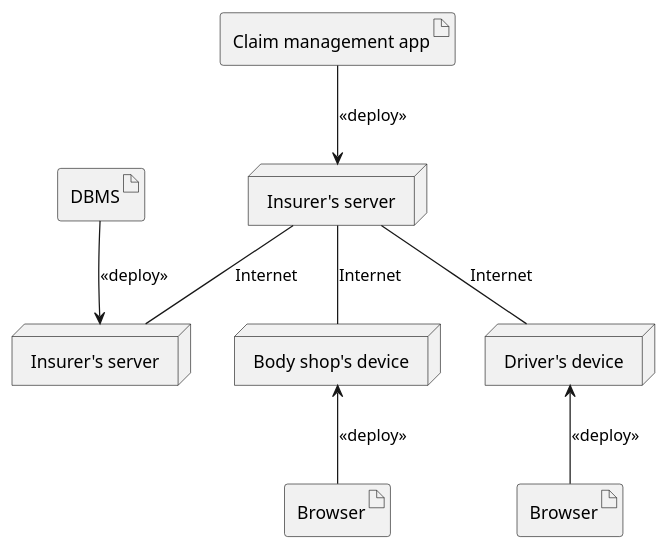
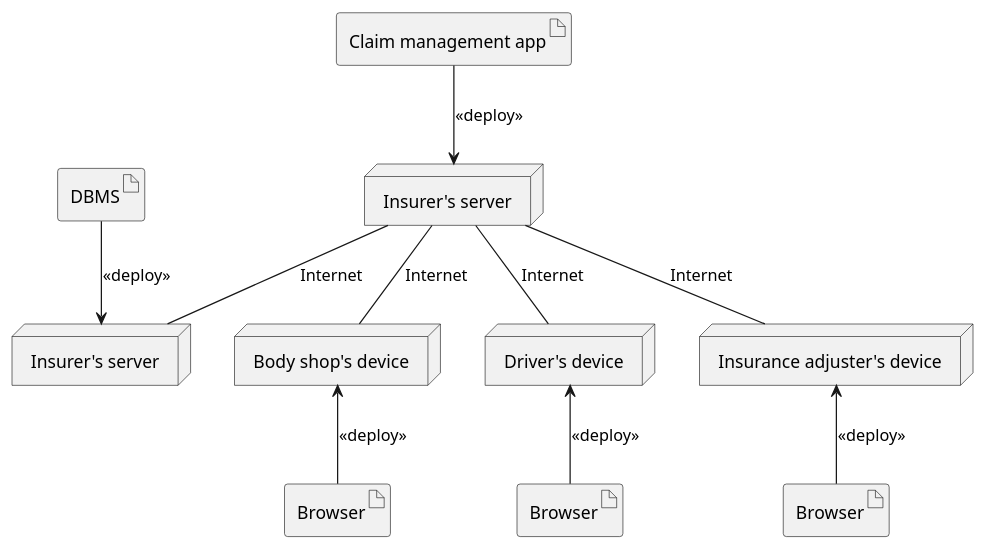
One commit to franco-ruggeri/polito-information-systems changed the diagram in car_damage_repair/models/deployment.pu. Above: the diagram before and after it, drawn with PlantUML. The commit also changed 2 other files, not shown here.

```diff
--- a/car_damage_repair/models/deployment.pu
+++ b/car_damage_repair/models/deployment.pu
@@ -1,22 +1,26 @@
 @startuml
 
 node "Insurer's server" as Server1
 node "Insurer's server" as Server2
 node "Body shop's device" as BSDevice
 node "Driver's device" as DDevice
+node "Insurance adjuster's device" as IADevice
 
 artifact "Claim management app" as ClaimManagementApp
 artifact DBMS
 artifact Browser as Browser1
 artifact Browser as Browser2
+artifact Browser as Browser3
 
 Server1 -- Server2 : Internet
 Server1 -- BSDevice : Internet
 Server1 -- DDevice : Internet
+Server1 -- IADevice : Internet
 
 ClaimManagementApp --> Server1 : <<deploy>>
 DBMS --> Server2 : <<deploy>>
 BSDevice <-- Browser1 : <<deploy>>
 DDevice <-- Browser2 : <<deploy>>
+IADevice <-- Browser3 : <<deploy>>
 
 @enduml
```
